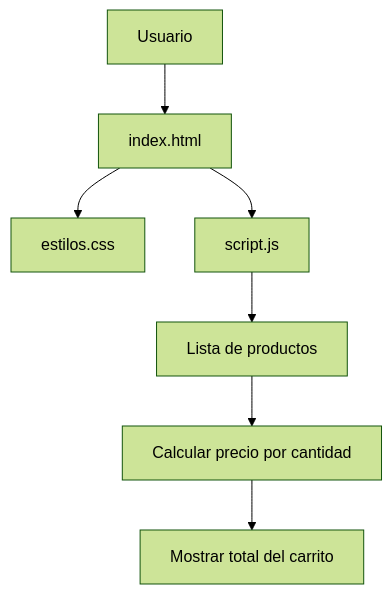
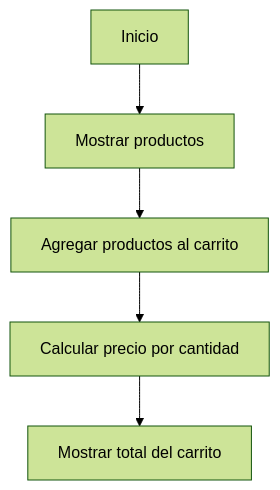
Before and after one commit to mariaquispev-dot/tarea: the diagram in README.md, drawn with Mermaid (forest theme). The commit also changed other lines of this file, not shown here.

Commit message:
Agregar enlace de guia de contribucion

````diff
--- a/README.md
+++ b/README.md
@@ -98,9 +113,7 @@
 ```mermaid
 flowchart TD
-    A[Usuario] --> B[index.html]
-    B --> C[estilos.css]
-    B --> D[script.js]
-    D --> E[Lista de productos]
-    E --> F[Calcular precio por cantidad]
-    F --> G[Mostrar total del carrito]
+    A[Inicio] --> B[Mostrar productos]
+    B --> C[Agregar productos al carrito]
+    C --> D[Calcular precio por cantidad]
+    D --> E[Mostrar total del carrito]
 ```
````
